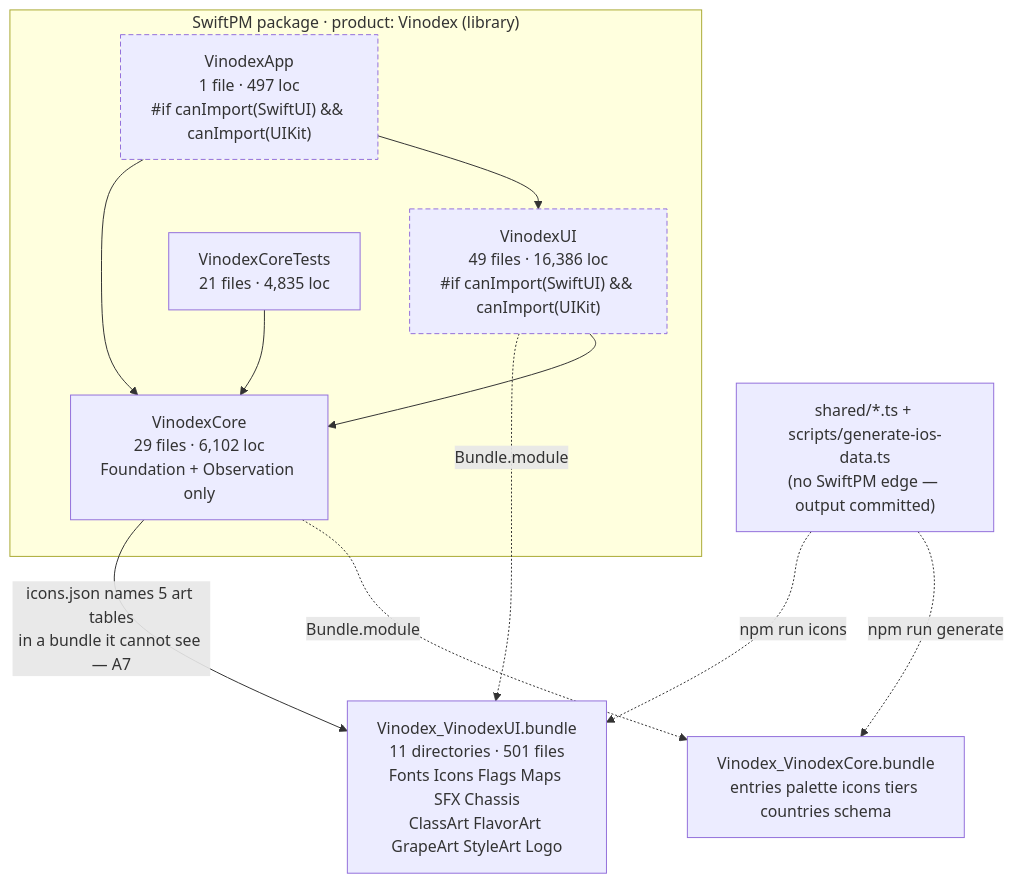
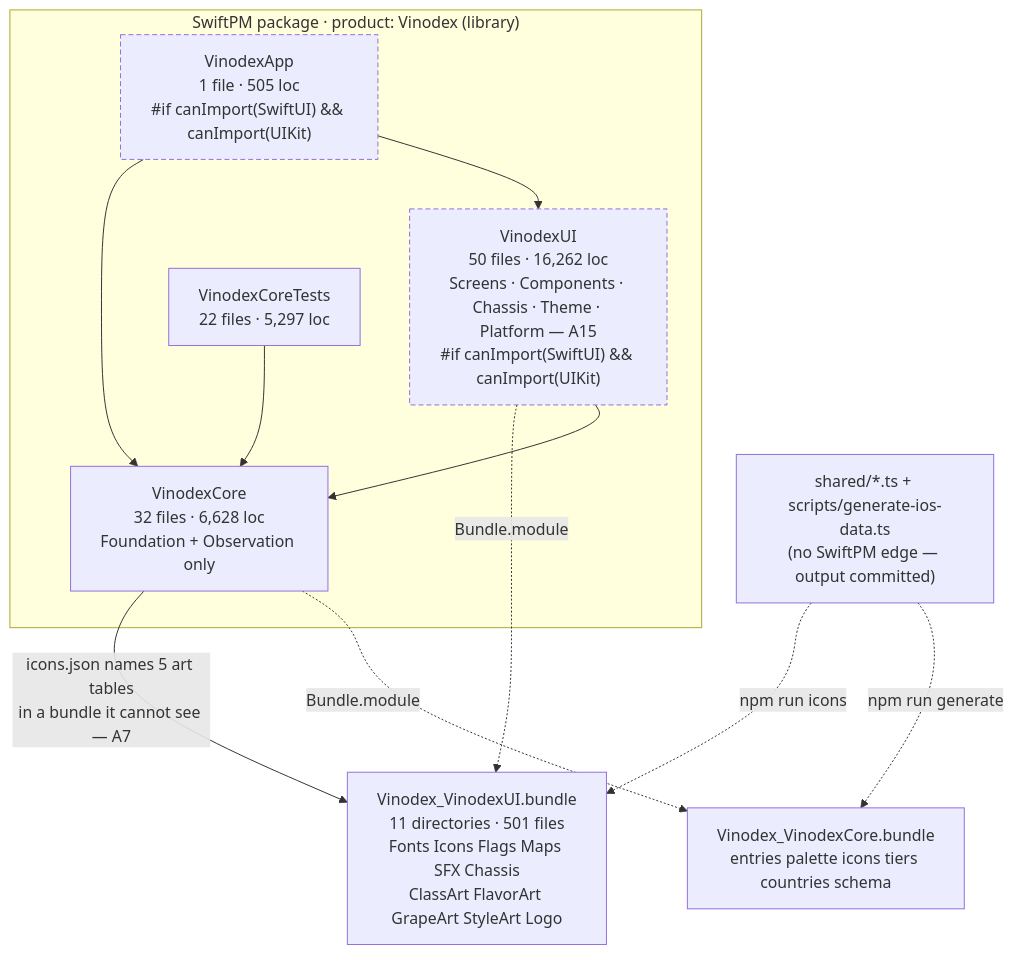
The first of 2 diagrams in godot-md/arch.md (blaikooz/vinodex-ios), drawn with Mermaid before and after one commit. The commit also changed other lines of this file and 99 other files, not shown here.

````diff
--- a/godot-md/arch.md
+++ b/godot-md/arch.md
@@ -521,25 +561,25 @@
 ```mermaid
 graph TD
   subgraph swiftpm["SwiftPM package · product: Vinodex (library)"]
-    App["VinodexApp<br/>1 file · 497 loc<br/>#if canImport(SwiftUI) && canImport(UIKit)"]
-    UI["VinodexUI<br/>49 files · 16,386 loc<br/>#if canImport(SwiftUI) && canImport(UIKit)"]
-    Core["VinodexCore<br/>29 files · 6,102 loc<br/>Foundation + Observation only"]
-    Tests["VinodexCoreTests<br/>21 files · 4,835 loc"]
+    App["VinodexApp<br/>1 file · 505 loc<br/>#if canImport(SwiftUI) && canImport(UIKit)"]
+    UI["VinodexUI<br/>50 files · 16,262 loc<br/>Screens · Components · Chassis · Theme · Platform — A15<br/>#if canImport(SwiftUI) && canImport(UIKit)"]
+    Core["VinodexCore<br/>32 files · 6,628 loc<br/>Foundation + Observation only"]
+    Tests["VinodexCoreTests<br/>22 files · 5,297 loc"]
   end
   BUI["Vinodex_VinodexUI.bundle<br/>11 directories · 501 files<br/>Fonts Icons Flags Maps SFX Chassis<br/>ClassArt FlavorArt GrapeArt StyleArt Logo"]
   BCore["Vinodex_VinodexCore.bundle<br/>entries palette icons tiers countries schema"]
   TS["shared/*.ts + scripts/generate-ios-data.ts<br/>(no SwiftPM edge — output committed)"]
 
   App --> UI
   App --> Core
   UI --> Core
   Tests --> Core
   Core -.->|Bundle.module| BCore
   UI -.->|Bundle.module| BUI
   TS -.->|npm run generate| BCore
   TS -.->|npm run icons| BUI
   Core -->|"icons.json names 5 art tables<br/>in a bundle it cannot see — A7"| BUI
 
   classDef untested stroke-dasharray: 5 3
   class UI,App untested
 ```
````
